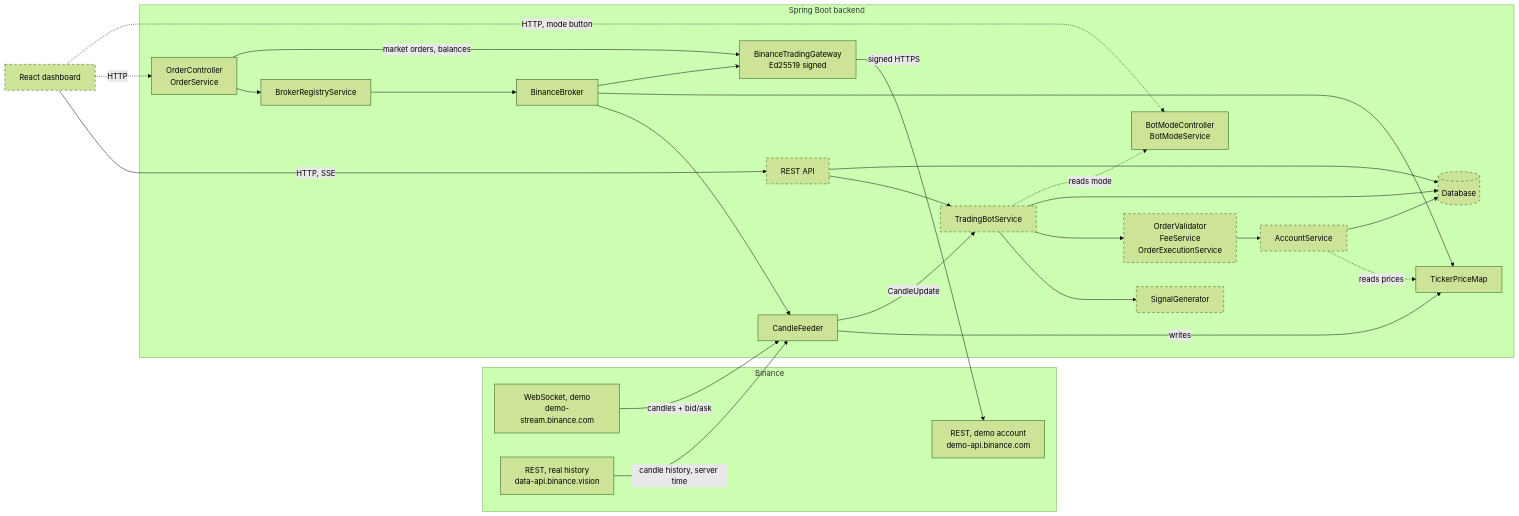
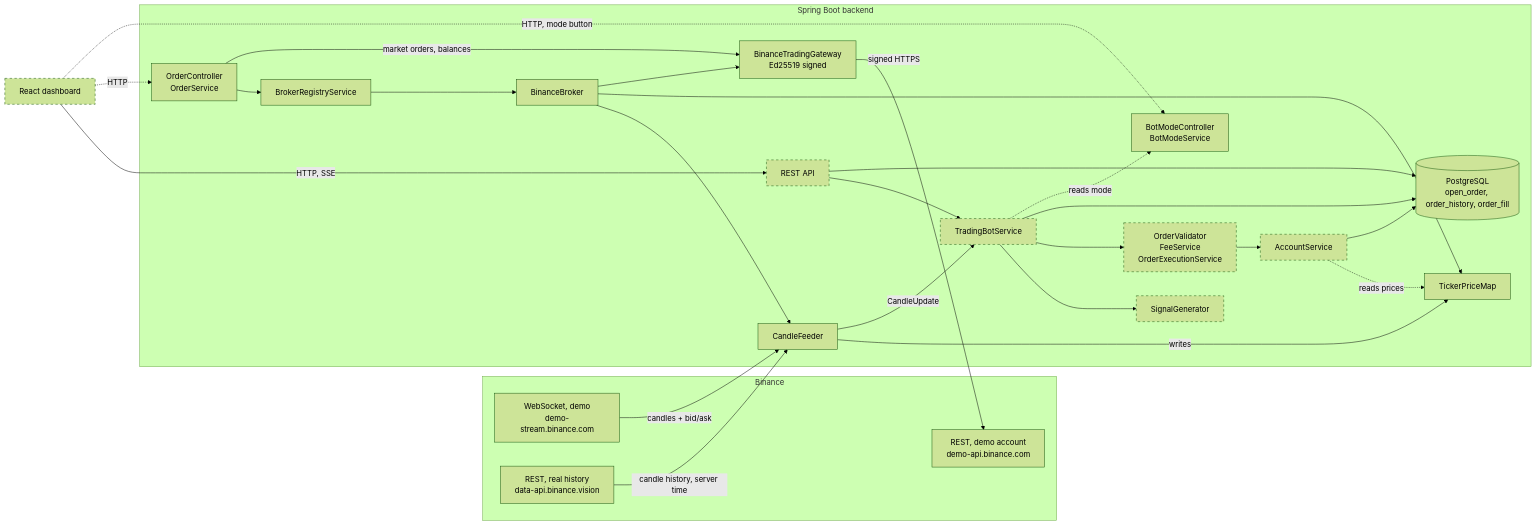
The first of 20 diagrams in docs/ARCHITECTURE.md (ShadowOfDiablo/t212-coding-task), drawn with Mermaid (forest theme) before and after one commit. The commit also changed other lines of this file and 6 other files, not shown here.

First line of the commit message:
Set up PostgreSQL with Flyway and create the order tables (#10)

````diff
--- a/docs/ARCHITECTURE.md
+++ b/docs/ARCHITECTURE.md
@@ -30,53 +32,53 @@
 ```mermaid
 flowchart LR
     subgraph Binance["Binance"]
         WS["WebSocket, demo<br/>demo-stream.binance.com"]
         REST["REST, real history<br/>data-api.binance.vision"]
         DemoApi["REST, demo account<br/>demo-api.binance.com"]
     end
 
     subgraph Backend["Spring Boot backend"]
         OrderApi["OrderController<br/>OrderService"]
         ModeApi["BotModeController<br/>BotModeService"]
         Registry["BrokerRegistryService"]
         Broker["BinanceBroker"]
         Feeder["CandleFeeder"]
         Prices["TickerPriceMap"]
         Gateway["BinanceTradingGateway<br/>Ed25519 signed"]
         Bot["TradingBotService"]
         Signal["SignalGenerator"]
         Orders["OrderValidator<br/>FeeService<br/>OrderExecutionService"]
         Account["AccountService"]
-        Db[("Database")]
+        Db[("PostgreSQL<br/>open_order, order_history, order_fill")]
         Api["REST API"]
     end
 
     Ui["React dashboard"]
 
     WS -- "candles + bid/ask" --> Feeder
     REST -- "candle history, server time" --> Feeder
     Registry --> Broker
     Broker --> Feeder
     Broker --> Prices
     Broker --> Gateway
     OrderApi --> Registry
     OrderApi -- "market orders, balances" --> Gateway
     Gateway -- "signed HTTPS" --> DemoApi
     Feeder -- writes --> Prices
     Feeder -- CandleUpdate --> Bot
     Bot --> Signal
     Bot --> Orders
     Orders --> Account
     Account -. reads prices .-> Prices
     Account --> Db
     Bot --> Db
     Api --> Bot
     Api --> Db
     Ui -- "HTTP, SSE" --> Api
     Ui -. HTTP .-> OrderApi
     Ui -. "HTTP, mode button" .-> ModeApi
     Bot -. reads mode .-> ModeApi
 
     classDef planned stroke-dasharray: 5 5
-    class Bot,Signal,Orders,Account,Db,Api,Ui planned
+    class Bot,Signal,Orders,Account,Api,Ui planned
 ```
````
